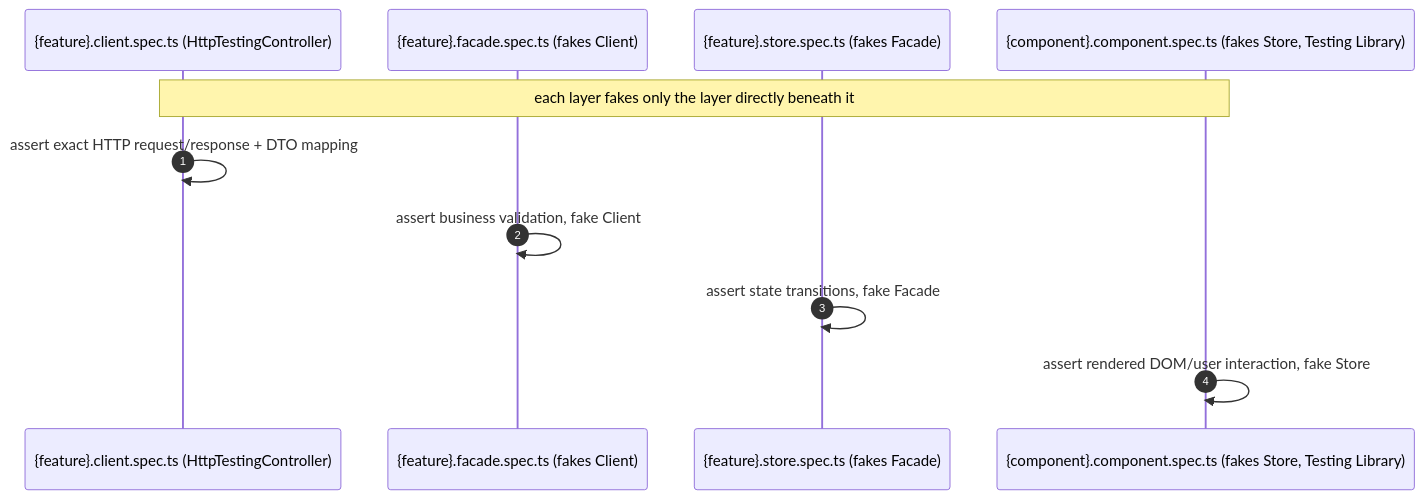
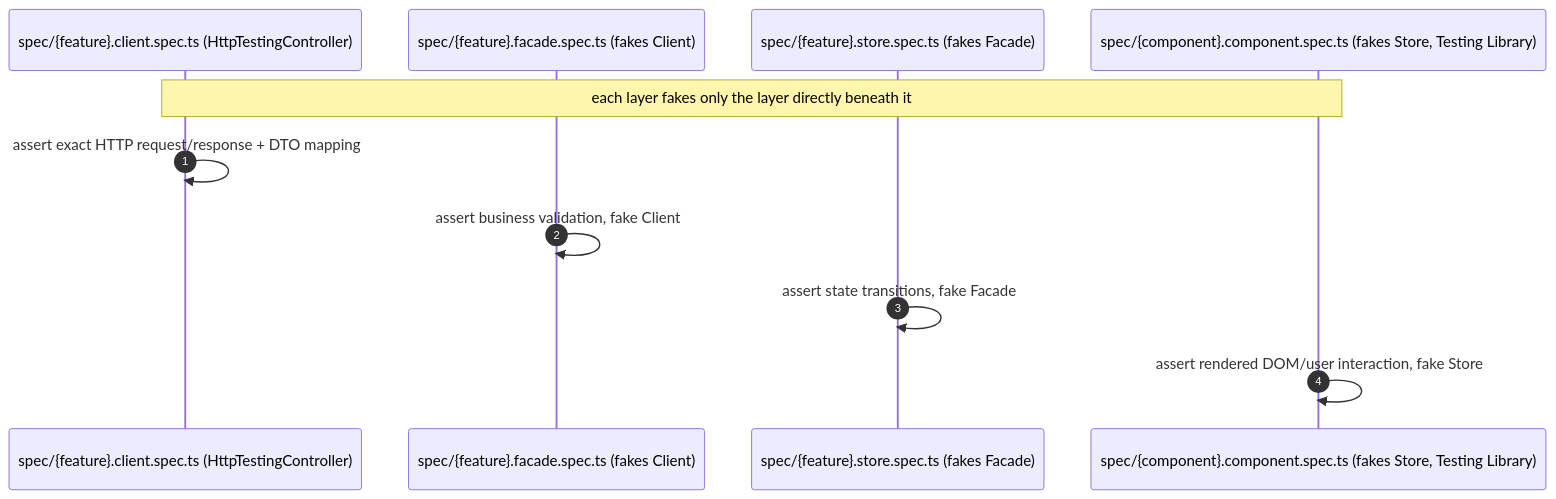
One commit to InsonusK/ai-skills changed the diagram in skills/angular/architecture/solutions/solution-app-testing.skill/diagrams/testing-a-new-feature-end-to-end-happy-path.mmd. Above: the diagram before and after it, drawn with Mermaid. The commit also changed 8 other files, not shown here.

```diff
--- a/skills/angular/architecture/solutions/solution-app-testing.skill/diagrams/testing-a-new-feature-end-to-end-happy-path.mmd
+++ b/skills/angular/architecture/solutions/solution-app-testing.skill/diagrams/testing-a-new-feature-end-to-end-happy-path.mmd
@@ -1,11 +1,11 @@
 sequenceDiagram
     autonumber
-    participant ClientSpec as {feature}.client.spec.ts (HttpTestingController)
-    participant FacadeSpec as {feature}.facade.spec.ts (fakes Client)
-    participant StoreSpec as {feature}.store.spec.ts (fakes Facade)
-    participant ComponentSpec as {component}.component.spec.ts (fakes Store, Testing Library)
+    participant ClientSpec as spec/{feature}.client.spec.ts (HttpTestingController)
+    participant FacadeSpec as spec/{feature}.facade.spec.ts (fakes Client)
+    participant StoreSpec as spec/{feature}.store.spec.ts (fakes Facade)
+    participant ComponentSpec as spec/{component}.component.spec.ts (fakes Store, Testing Library)
     Note over ClientSpec,ComponentSpec: each layer fakes only the layer directly beneath it
     ClientSpec->>ClientSpec: assert exact HTTP request/response + DTO mapping
     FacadeSpec->>FacadeSpec: assert business validation, fake Client
     StoreSpec->>StoreSpec: assert state transitions, fake Facade
     ComponentSpec->>ComponentSpec: assert rendered DOM/user interaction, fake Store
```
